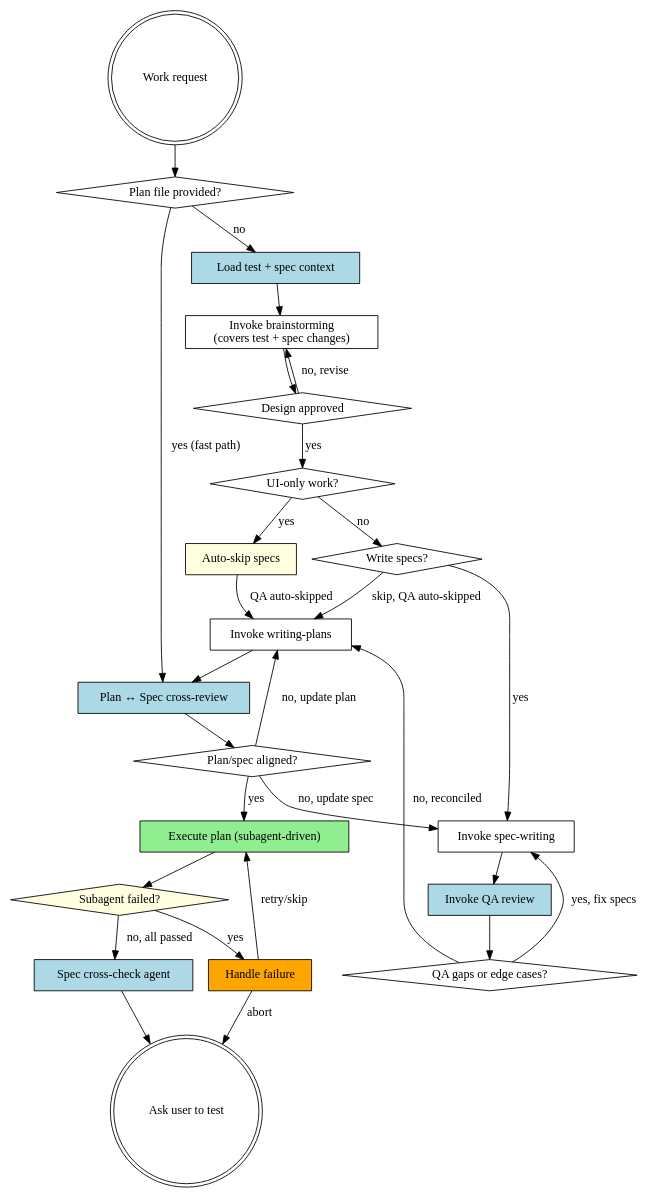
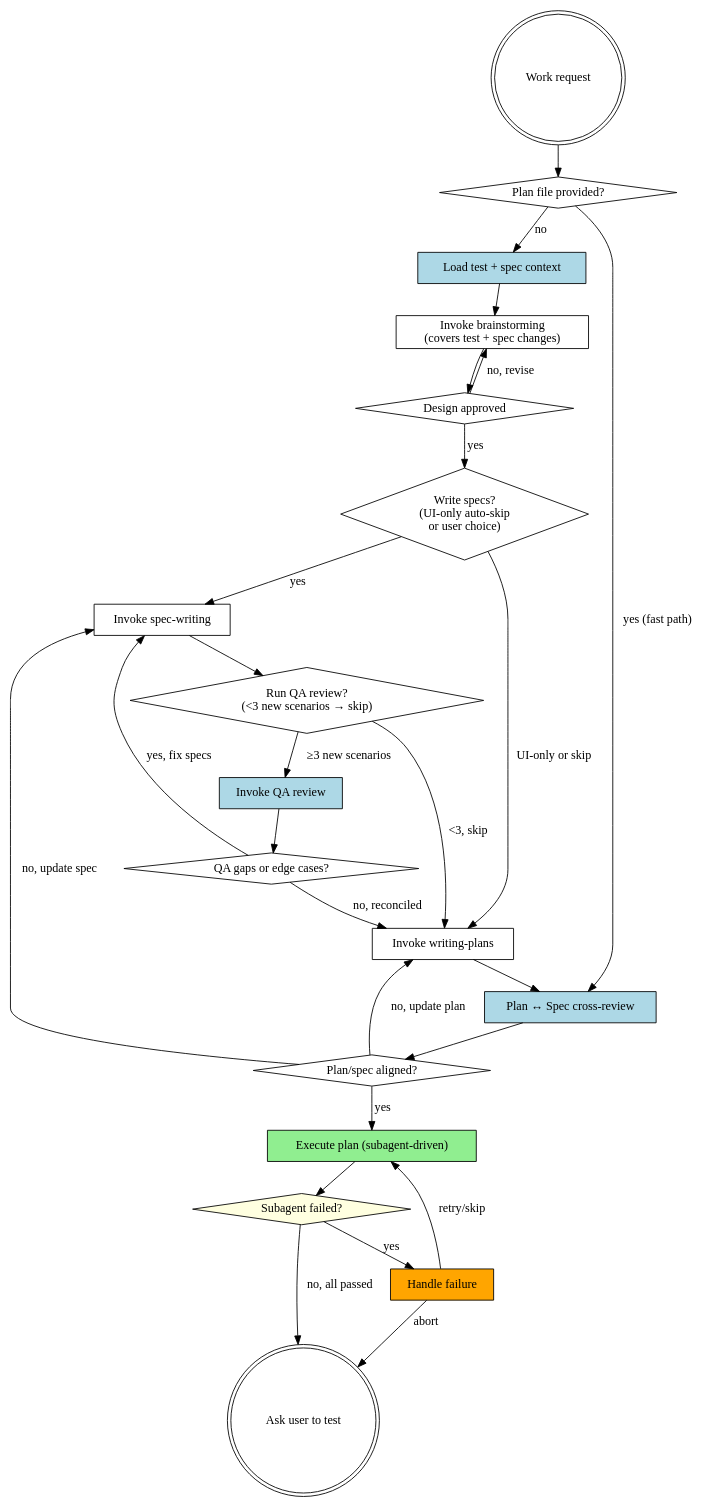
One commit to pandaworks-software-plt/pandahrms-skills changed the diagram in skills/forge/SKILL.md. Above: the diagram before and after it, drawn with Graphviz. The commit also changed other lines of this file and 1 other file, not shown here.

````diff
--- a/skills/forge/SKILL.md
+++ b/skills/forge/SKILL.md
@@ -128,51 +126,47 @@
 ```dot
 digraph pipeline {
     "Work request" [shape=doublecircle];
     "Plan file provided?" [shape=diamond];
     "Load test + spec context" [shape=box, style=filled, fillcolor=lightblue];
     "Invoke brainstorming\n(covers test + spec changes)" [shape=box];
     "Design approved" [shape=diamond];
-    "UI-only work?" [shape=diamond];
-    "Auto-skip specs" [shape=box, style=filled, fillcolor=lightyellow];
-    "Write specs?" [shape=diamond];
+    "Write specs?\n(UI-only auto-skip\nor user choice)" [shape=diamond];
     "Invoke spec-writing" [shape=box];
+    "Run QA review?\n(<3 new scenarios → skip)" [shape=diamond];
     "Invoke QA review" [shape=box, style=filled, fillcolor=lightblue];
     "QA gaps or edge cases?" [shape=diamond];
     "Invoke writing-plans" [shape=box];
     "Plan ↔ Spec cross-review" [shape=box, style=filled, fillcolor=lightblue];
     "Plan/spec aligned?" [shape=diamond];
     "Execute plan (subagent-driven)" [shape=box, style=filled, fillcolor=lightgreen];
     "Subagent failed?" [shape=diamond, style=filled, fillcolor=lightyellow];
     "Handle failure" [shape=box, style=filled, fillcolor=orange];
-    "Spec cross-check agent" [shape=box, style=filled, fillcolor=lightblue];
     "Ask user to test" [shape=doublecircle];
 
     "Work request" -> "Plan file provided?";
     "Plan file provided?" -> "Plan ↔ Spec cross-review" [label="yes (fast path)"];
     "Plan file provided?" -> "Load test + spec context" [label="no"];
     "Load test + spec context" -> "Invoke brainstorming\n(covers test + spec changes)";
     "Invoke brainstorming\n(covers test + spec changes)" -> "Design approved";
     "Design approved" -> "Invoke brainstorming\n(covers test + spec changes)" [label="no, revise"];
-    "Design approved" -> "UI-only work?" [label="yes"];
-    "UI-only work?" -> "Auto-skip specs" [label="yes"];
-    "Auto-skip specs" -> "Invoke writing-plans" [label="QA auto-skipped"];
-    "UI-only work?" -> "Write specs?" [label="no"];
-    "Write specs?" -> "Invoke spec-writing" [label="yes"];
-    "Write specs?" -> "Invoke writing-plans" [label="skip, QA auto-skipped"];
-    "Invoke spec-writing" -> "Invoke QA review";
+    "Design approved" -> "Write specs?\n(UI-only auto-skip\nor user choice)" [label="yes"];
+    "Write specs?\n(UI-only auto-skip\nor user choice)" -> "Invoke spec-writing" [label="yes"];
+    "Write specs?\n(UI-only auto-skip\nor user choice)" -> "Invoke writing-plans" [label="UI-only or skip"];
+    "Invoke spec-writing" -> "Run QA review?\n(<3 new scenarios → skip)";
+    "Run QA review?\n(<3 new scenarios → skip)" -> "Invoke QA review" [label="≥3 new scenarios"];
+    "Run QA review?\n(<3 new scenarios → skip)" -> "Invoke writing-plans" [label="<3, skip"];
     "Invoke QA review" -> "QA gaps or edge cases?";
     "QA gaps or edge cases?" -> "Invoke spec-writing" [label="yes, fix specs"];
     "QA gaps or edge cases?" -> "Invoke writing-plans" [label="no, reconciled"];
     "Invoke writing-plans" -> "Plan ↔ Spec cross-review";
     "Plan ↔ Spec cross-review" -> "Plan/spec aligned?";
     "Plan/spec aligned?" -> "Invoke writing-plans" [label="no, update plan"];
     "Plan/spec aligned?" -> "Invoke spec-writing" [label="no, update spec"];
     "Plan/spec aligned?" -> "Execute plan (subagent-driven)" [label="yes"];
     "Execute plan (subagent-driven)" -> "Subagent failed?";
     "Subagent failed?" -> "Handle failure" [label="yes"];
     "Handle failure" -> "Execute plan (subagent-driven)" [label="retry/skip"];
     "Handle failure" -> "Ask user to test" [label="abort"];
-    "Subagent failed?" -> "Spec cross-check agent" [label="no, all passed"];
-    "Spec cross-check agent" -> "Ask user to test";
+    "Subagent failed?" -> "Ask user to test" [label="no, all passed"];
 }
 ```
````
